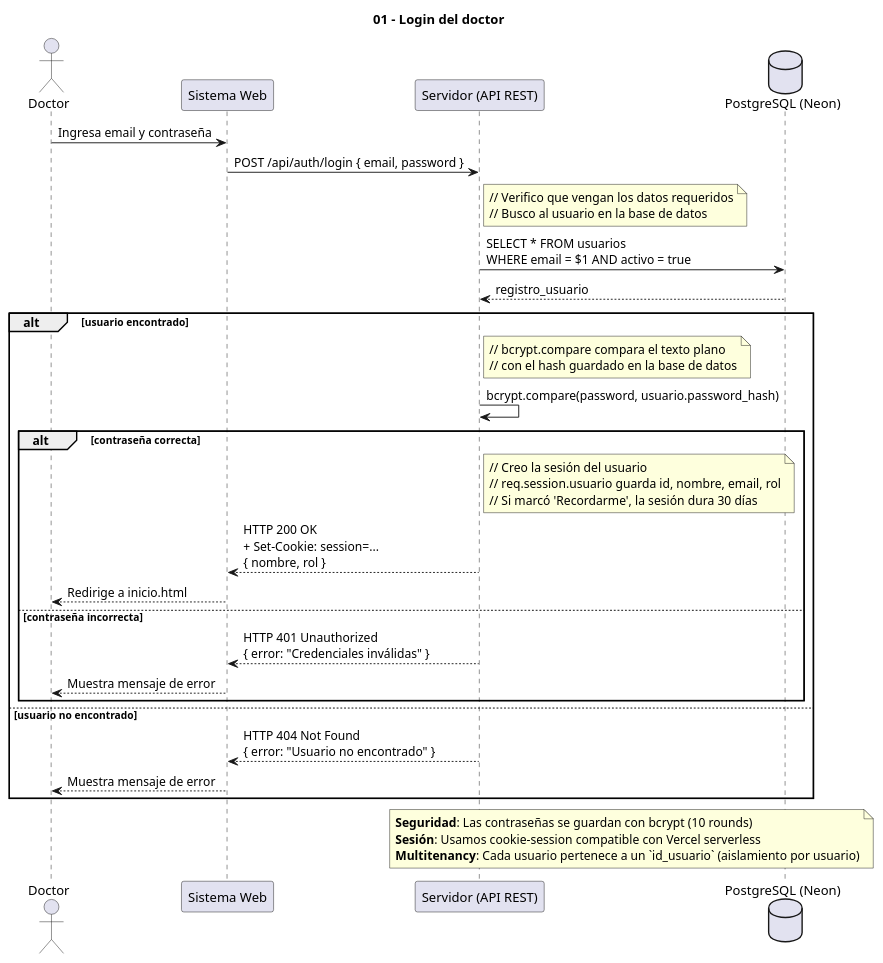
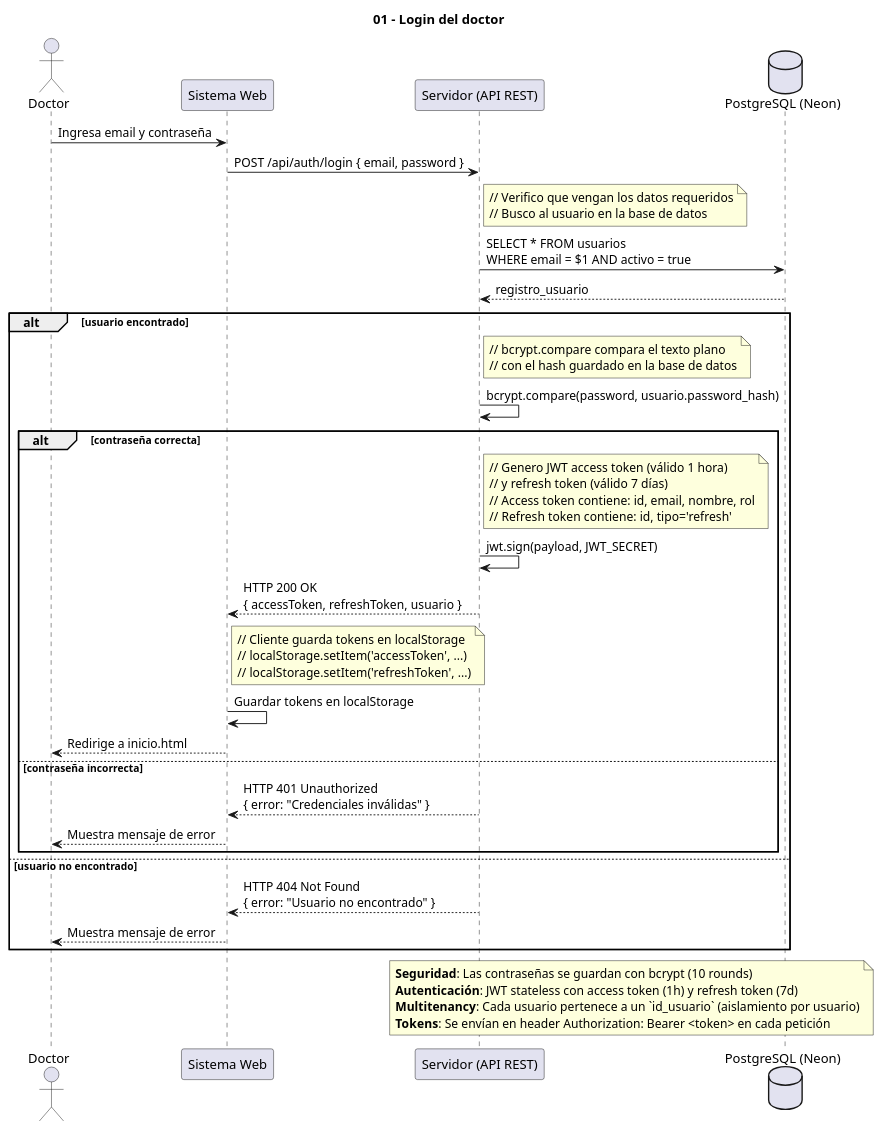
One commit to marcostoledo96/mvp_historias-clinicas changed the diagram in docs/01_login.puml. Above: the diagram before and after it, drawn with PlantUML. The commit also changed 49 other files, not shown here.

Commit message:
Actualizacion de Tokens JWT

```diff
--- a/docs/01_login.puml
+++ b/docs/01_login.puml
@@ -1,57 +1,68 @@
 @startuml
 ' Diagrama 01 - Login del doctor
-' Sistema simplificado con autenticación basada en cookies de sesión
+' Sistema con autenticación JWT (JSON Web Tokens)
 ' Base de datos: PostgreSQL en Neon
 title 01 - Login del doctor
 
 actor Doctor
 participant "Sistema Web" as Web
 participant "Servidor (API REST)" as Server
 database "PostgreSQL (Neon)" as DB
 
 Doctor -> Web : Ingresa email y contraseña
 Web -> Server : POST /api/auth/login { email, password }
 
 note right of Server
   // Verifico que vengan los datos requeridos
   // Busco al usuario en la base de datos
 end note
 
 Server -> DB : SELECT * FROM usuarios\nWHERE email = $1 AND activo = true
 DB --> Server : registro_usuario
 
 alt usuario encontrado
   note right of Server
     // bcrypt.compare compara el texto plano
     // con el hash guardado en la base de datos
   end note
   
   Server -> Server : bcrypt.compare(password, usuario.password_hash)
   
   alt contraseña correcta
     note right of Server
-      // Creo la sesión del usuario
-      // req.session.usuario guarda id, nombre, email, rol
-      // Si marcó 'Recordarme', la sesión dura 30 días
+      // Genero JWT access token (válido 1 hora)
+      // y refresh token (válido 7 días)
+      // Access token contiene: id, email, nombre, rol
+      // Refresh token contiene: id, tipo='refresh'
     end note
     
-    Server --> Web : HTTP 200 OK\n+ Set-Cookie: session=...\n{ nombre, rol }
+    Server -> Server : jwt.sign(payload, JWT_SECRET)
+    Server --> Web : HTTP 200 OK\n{ accessToken, refreshToken, usuario }
+    
+    note right of Web
+      // Cliente guarda tokens en localStorage
+      // localStorage.setItem('accessToken', ...)
+      // localStorage.setItem('refreshToken', ...)
+    end note
+    
+    Web -> Web : Guardar tokens en localStorage
     Web --> Doctor : Redirige a inicio.html
     
   else contraseña incorrecta
     Server --> Web : HTTP 401 Unauthorized\n{ error: "Credenciales inválidas" }
     Web --> Doctor : Muestra mensaje de error
   end
   
 else usuario no encontrado
   Server --> Web : HTTP 404 Not Found\n{ error: "Usuario no encontrado" }
   Web --> Doctor : Muestra mensaje de error
 end
 
 note over Server, DB
   **Seguridad**: Las contraseñas se guardan con bcrypt (10 rounds)
-  **Sesión**: Usamos cookie-session compatible con Vercel serverless
+  **Autenticación**: JWT stateless con access token (1h) y refresh token (7d)
   **Multitenancy**: Cada usuario pertenece a un `id_usuario` (aislamiento por usuario)
+  **Tokens**: Se envían en header Authorization: Bearer <token> en cada petición
 end note
 
 @enduml
```
